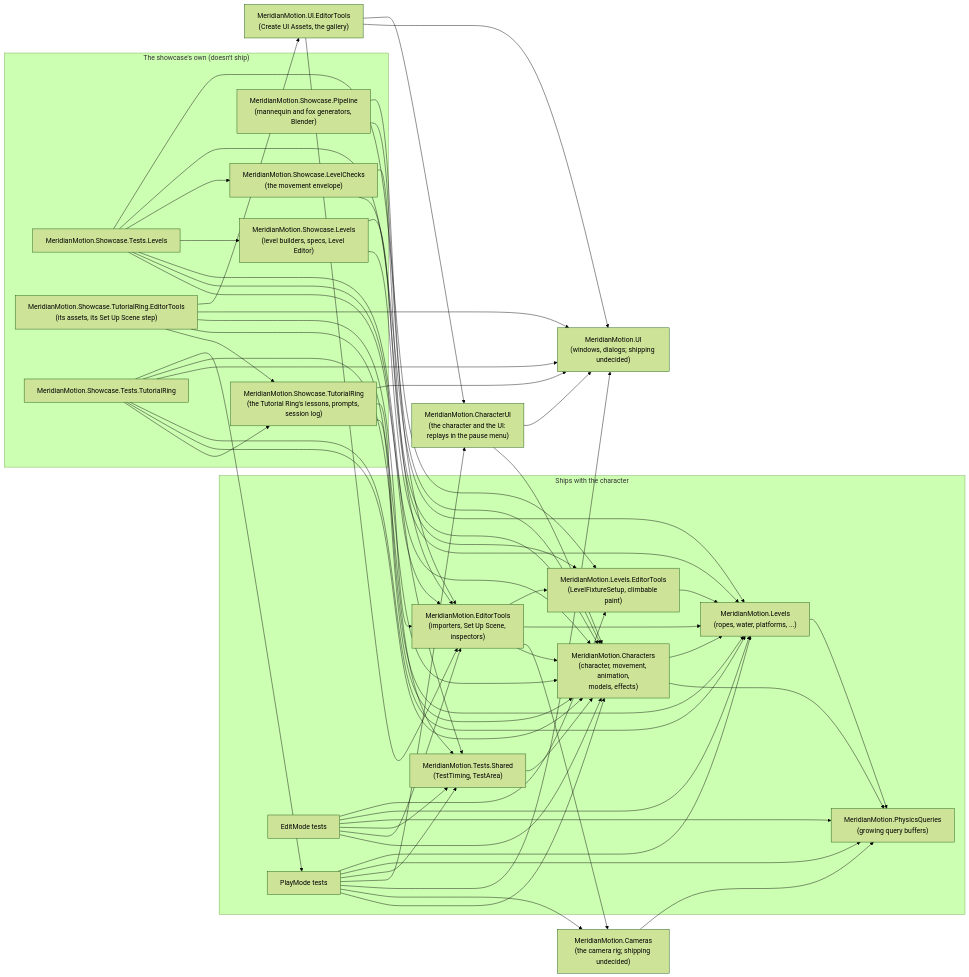
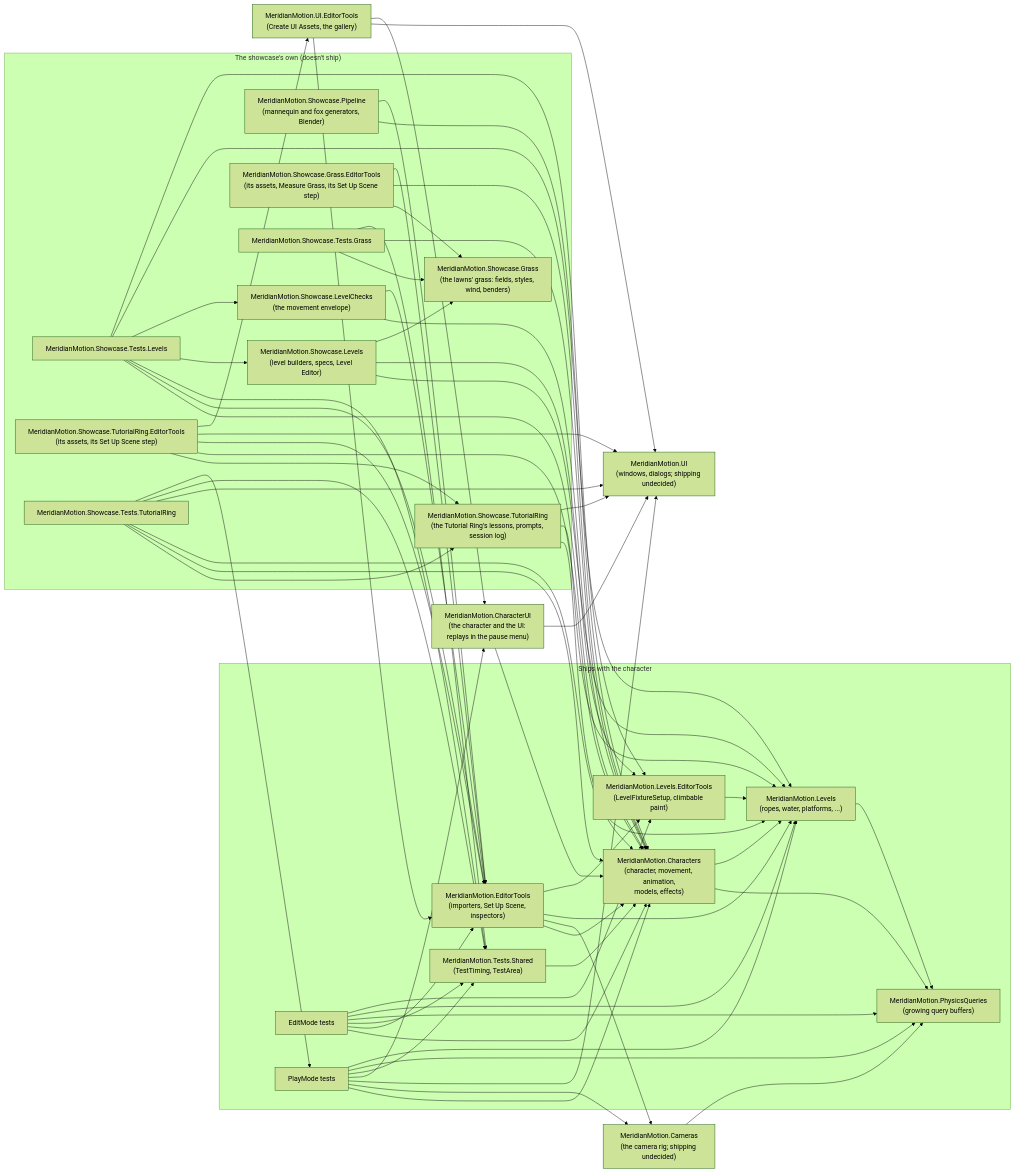
Before and after one commit to HOMMUSVAMPIRE/Character-Showcase: the second of 2 diagrams in docs/architecture.md, drawn with Mermaid (forest theme). The commit also changed other lines of this file and 3 other files, not shown here.

````diff
--- a/docs/architecture.md
+++ b/docs/architecture.md
@@ -80,6 +80,9 @@
         Tutorial["MeridianMotion.Showcase.TutorialRing<br/>(the Tutorial Ring's lessons, prompts, session log)"]
         TutorialEditor["MeridianMotion.Showcase.TutorialRing.EditorTools<br/>(its assets, its Set Up Scene step)"]
         TutorialTests["MeridianMotion.Showcase.Tests.TutorialRing"]
+        Grass["MeridianMotion.Showcase.Grass<br/>(the lawns' grass: fields, styles, wind, benders)"]
+        GrassEditor["MeridianMotion.Showcase.Grass.EditorTools<br/>(its assets, Measure Grass, its Set Up Scene step)"]
+        GrassTests["MeridianMotion.Showcase.Tests.Grass"]
     end
     Showcase --> Queries
     Showcase --> Elements
@@ -136,4 +139,11 @@
     TutorialTests --> UI
     TutorialTests --> Shared
     TutorialTests --> PlayTests
+    LevelEditor --> Grass
+    GrassEditor --> Grass
+    GrassEditor --> Showcase
+    GrassEditor --> Editor
+    GrassTests --> Grass
+    GrassTests --> Showcase
+    GrassTests --> Shared
 ```
````
